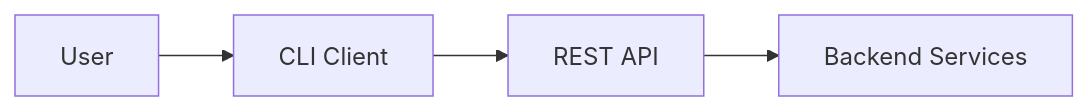
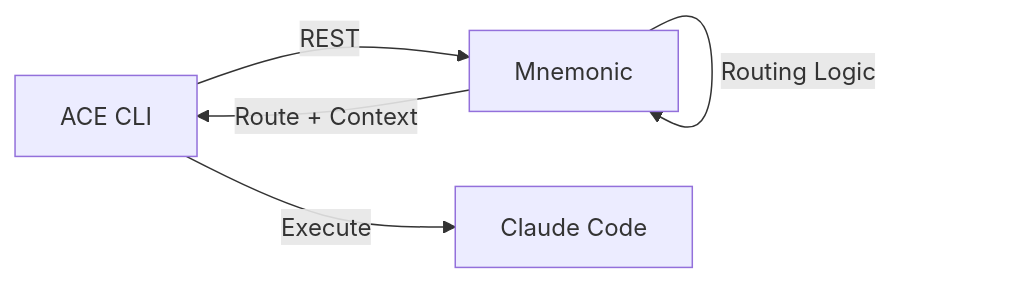
One commit to twistingmercury/mnemonic-mcp changed the first of 5 diagrams in docs/architecture/02-architectural-decisions.md. Above: the diagram before and after it, drawn with Mermaid. The commit also changed other lines of this file and 28 other files, not shown here.

Commit message:
architecture v2

````diff
--- a/docs/architecture/02-architectural-decisions.md
+++ b/docs/architecture/02-architectural-decisions.md
@@ -24,4 +83,7 @@
 ```mermaid
-flowchart LR
-    User --> CLI[CLI Client] --> API[REST API] --> Backend[Backend Services]
+graph LR
+    CLI[ACE CLI] -->|"REST"| MN[Mnemonic]
+    MN -->|"Routing Logic"| MN
+    MN -->|"Route + Context"| CLI
+    CLI -->|"Execute"| CC[Claude Code]
 ```
````
